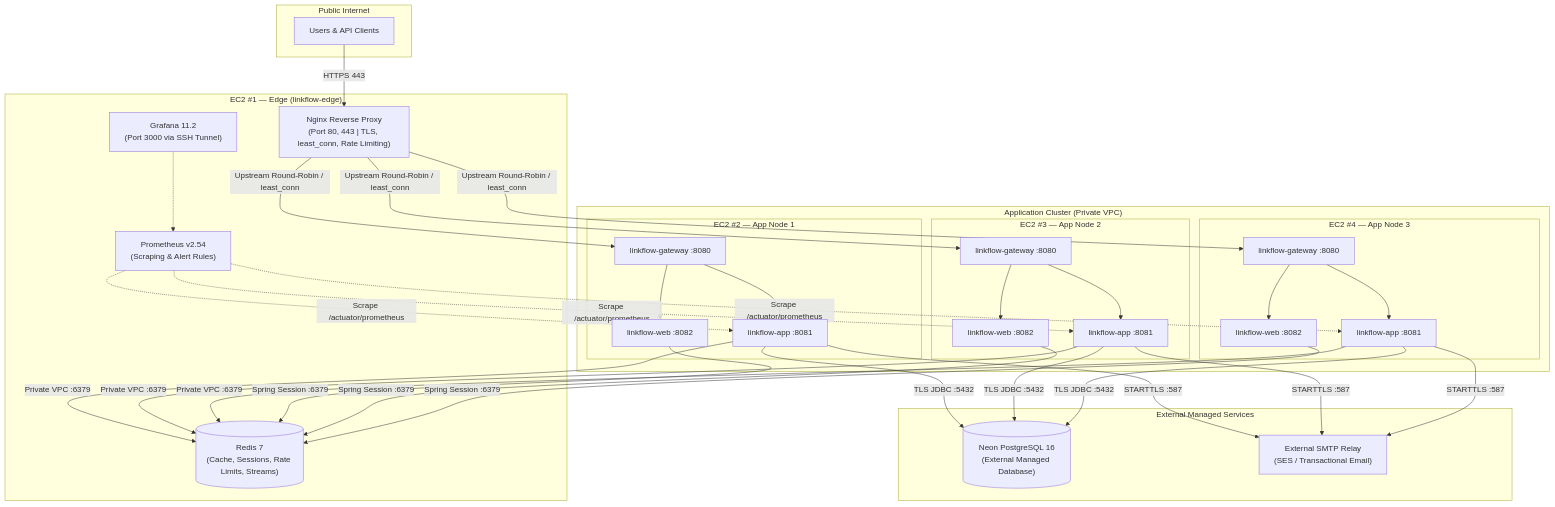
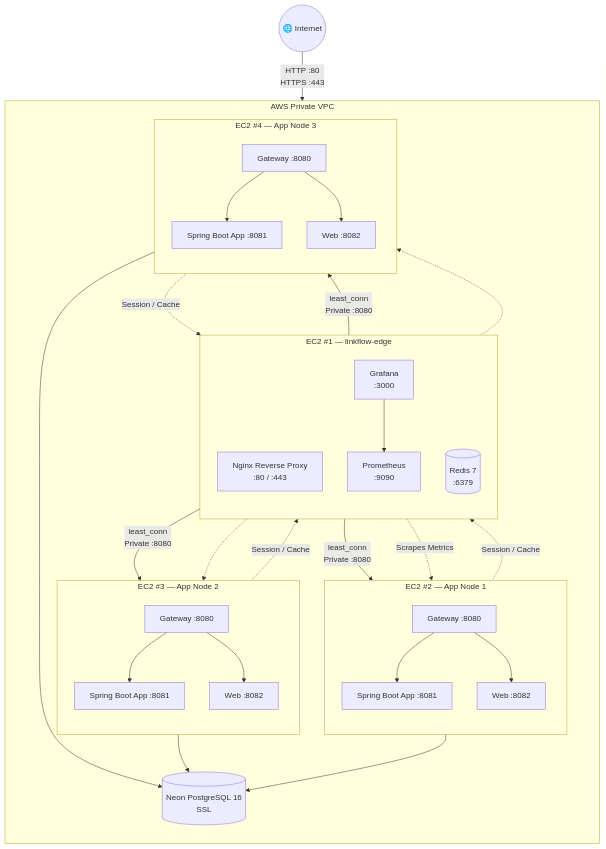
The first of 3 diagrams in README.md (SlayerBit/linkflow), drawn with Mermaid before and after one commit. The commit also changed other lines of this file, not shown here.

Commit message:
docs: replace cluster topology diagram with clean Mermaid flowchart and traffic flow description

````diff
--- a/README.md
+++ b/README.md
@@ -70,56 +70,64 @@
 ```mermaid
 flowchart TB
-    subgraph Internet["Public Internet"]
-        Client["Users & API Clients"]
+    Internet((🌐 Internet))
+
+    Internet -->|HTTP :80<br/>HTTPS :443| Edge
+
+    subgraph VPC["AWS Private VPC"]
+        direction TB
+
+        subgraph EDGE["EC2 #1 — linkflow-edge"]
+            direction TB
+            Edge["Nginx Reverse Proxy<br/>:80 / :443"]
+            Redis[("Redis 7<br/>:6379")]
+            Prom["Prometheus<br/>:9090"]
+            Graf["Grafana<br/>:3000"]
+        end
+
+        Edge -->|least_conn<br/>Private :8080| GW1
+        Edge -->|least_conn<br/>Private :8080| GW2
+        Edge -->|least_conn<br/>Private :8080| GW3
+
+        subgraph APP1["EC2 #2 — App Node 1"]
+            direction TB
+            GW1["Gateway :8080"]
+            A1["Spring Boot App :8081"]
+            W1["Web :8082"]
+            GW1 --> A1
+            GW1 --> W1
+        end
+
+        subgraph APP2["EC2 #3 — App Node 2"]
+            direction TB
+            GW2["Gateway :8080"]
+            A2["Spring Boot App :8081"]
+            W2["Web :8082"]
+            GW2 --> A2
+            GW2 --> W2
+        end
+
+        subgraph APP3["EC2 #4 — App Node 3"]
+            direction TB
+            GW3["Gateway :8080"]
+            A3["Spring Boot App :8081"]
+            W3["Web :8082"]
+            GW3 --> A3
+            GW3 --> W3
+        end
+
+        DB[("Neon PostgreSQL 16<br/>SSL")]
     end
 
-    subgraph EC2_Edge["EC2 #1 — Edge (linkflow-edge)"]
-        Nginx["Nginx Reverse Proxy<br/>(Port 80, 443 | TLS, least_conn, Rate Limiting)"]
-        Redis[("Redis 7<br/>(Cache, Sessions, Rate Limits, Streams)")]
-        Prometheus["Prometheus v2.54<br/>(Scraping & Alert Rules)"]
-        Grafana["Grafana 11.2<br/>(Port 3000 via SSH Tunnel)"]
-    end
+    A1 --> DB
+    A2 --> DB
+    A3 --> DB
 
-    subgraph App_Cluster["Application Cluster (Private VPC)"]
-        subgraph EC2_App1["EC2 #2 — App Node 1"]
-            GW1["linkflow-gateway :8080"]
-            APP1["linkflow-app :8081"]
-            WEB1["linkflow-web :8082"]
-        end
-        subgraph EC2_App2["EC2 #3 — App Node 2"]
-            GW2["linkflow-gateway :8080"]
-            APP2["linkflow-app :8081"]
-            WEB2["linkflow-web :8082"]
-        end
-        subgraph EC2_App3["EC2 #4 — App Node 3"]
-            GW3["linkflow-gateway :8080"]
-            APP3["linkflow-app :8081"]
-            WEB3["linkflow-web :8082"]
-        end
-    end
+    A1 -. Session / Cache .-> Redis
+    A2 -. Session / Cache .-> Redis
+    A3 -. Session / Cache .-> Redis
 
-    subgraph External["External Managed Services"]
-        NeonDB[("Neon PostgreSQL 16<br/>(External Managed Database)")]
-        SMTP["External SMTP Relay<br/>(SES / Transactional Email)"]
-    end
-
-    Client -->|HTTPS 443| Nginx
-    Nginx -->|Upstream Round-Robin / least_conn| GW1
-    Nginx -->|Upstream Round-Robin / least_conn| GW2
-    Nginx -->|Upstream Round-Robin / least_conn| GW3
-
-    GW1 --> APP1
-    GW1 --> WEB1
-    GW2 --> APP2
-    GW2 --> WEB2
-    GW3 --> APP3
-    GW3 --> WEB3
-
-    APP1 & APP2 & APP3 -->|Private VPC :6379| Redis
-    WEB1 & WEB2 & WEB3 -->|Spring Session :6379| Redis
-    APP1 & APP2 & APP3 -->|TLS JDBC :5432| NeonDB
-    APP1 & APP2 & APP3 -->|STARTTLS :587| SMTP
-
-    Prometheus -.->|Scrape /actuator/prometheus| APP1 & APP2 & APP3
-    Grafana -.-> Prometheus
+    Prom -. Scrapes Metrics .-> A1
+    Prom -.-> A2
+    Prom -.-> A3
+    Graf --> Prom
 ```
````
